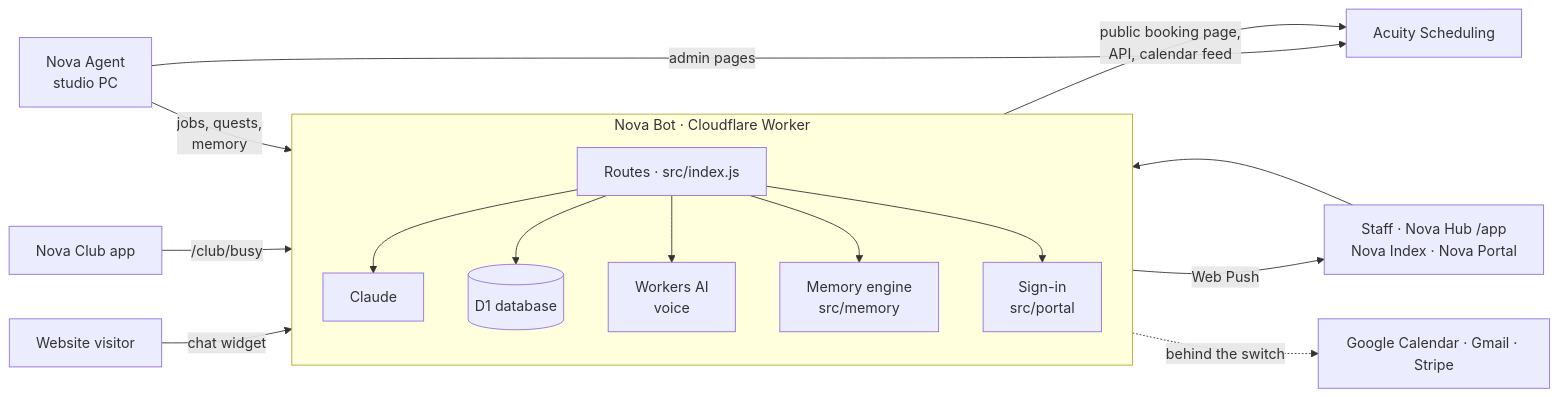
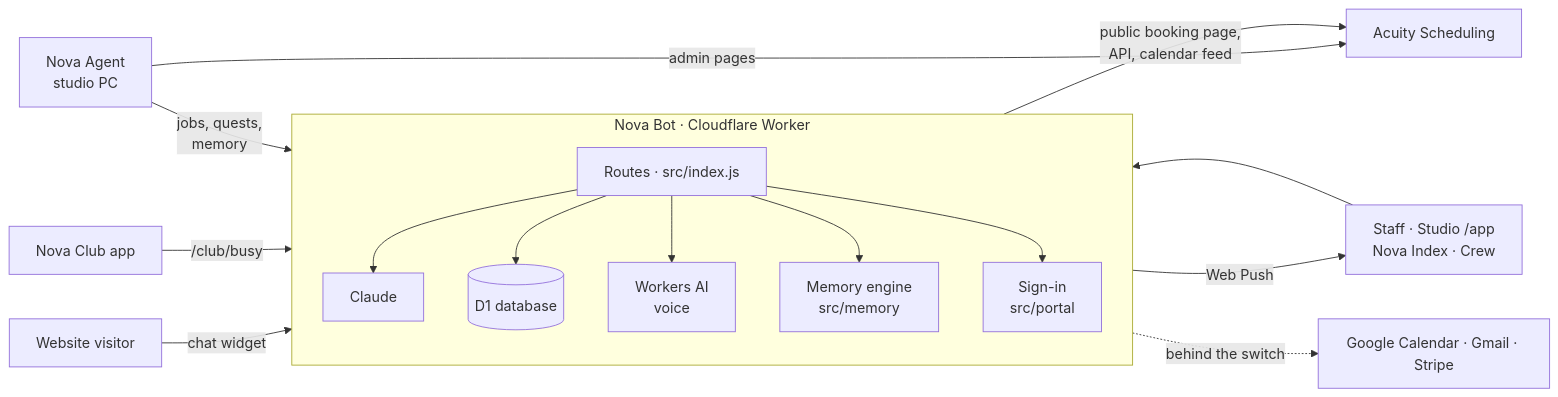
One commit to tuniveza/nova-bot changed the diagram in README.md. Above: the diagram before and after it, drawn with Mermaid. The commit also changed other lines of this file and 75 other files, not shown here.

First line of the commit message:
Nova Hub and Nova Portal leave Nova Bot: Nova Agent's panels are served instead

````diff
--- a/README.md
+++ b/README.md
@@ -341,18 +233,18 @@
 ```mermaid
 flowchart LR
     V[Website visitor] -->|chat widget| W
-    S[Staff · Nova Hub /app<br/>Nova Index · Nova Portal] --> W
+    S[Staff · Studio /app<br/>Nova Index · Crew] --> W
     C[Nova Club app] -->|/club/busy| W
     subgraph W[Nova Bot · Cloudflare Worker]
       R[Routes · src/index.js] --> CL[Claude]
       R --> DB[(D1 database)]
       R --> AI[Workers AI<br/>voice]
       R --> MEM[Memory engine<br/>src/memory]
       R --> PO[Sign-in<br/>src/portal]
     end
     W -->|public booking page,<br/>API, calendar feed| A[Acuity Scheduling]
     NA[Nova Agent<br/>studio PC] -->|jobs, quests,<br/>memory| W
     NA -->|admin pages| A
     W -->|Web Push| S
     W -.->|behind the switch| G[Google Calendar · Gmail · Stripe]
 ```
````
